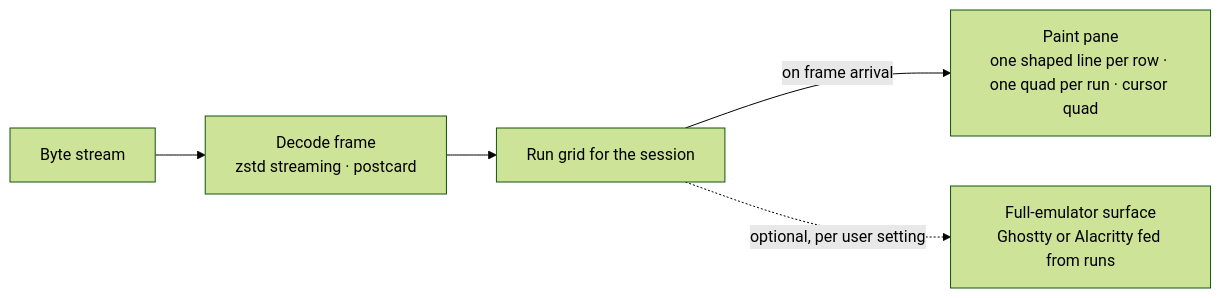
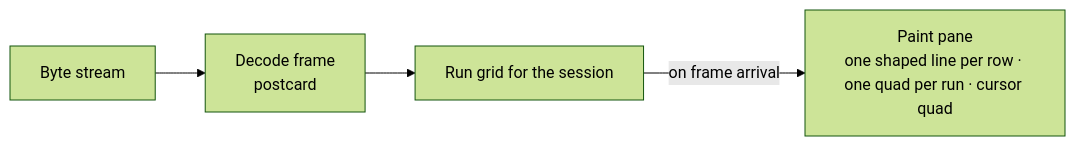
The fourth of 4 diagrams in docs/tech/architecture.md (guppylab/muxy), drawn with Mermaid (forest theme) before and after one commit. The commit also changed other lines of this file and 196 other files, not shown here.

````diff
--- a/docs/tech/architecture.md
+++ b/docs/tech/architecture.md
@@ -107,7 +113,6 @@
 ```mermaid
 flowchart LR
-    STREAM["Byte stream"] --> DEC["Decode frame<br/>zstd streaming · postcard"]
+    STREAM["Byte stream"] --> DEC["Decode frame<br/>postcard"]
     DEC --> GRID["Run grid for the session"]
     GRID -->|"on frame arrival"| PAINT["Paint pane<br/>one shaped line per row · one quad per run · cursor quad"]
-    GRID -.->|"optional, per user setting"| EMU["Full-emulator surface<br/>Ghostty or Alacritty fed from runs"]
 ```
````
